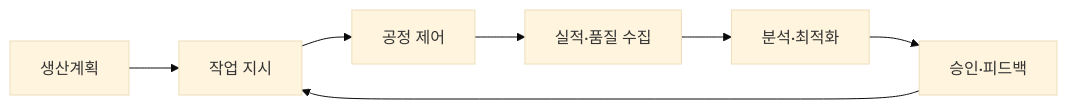
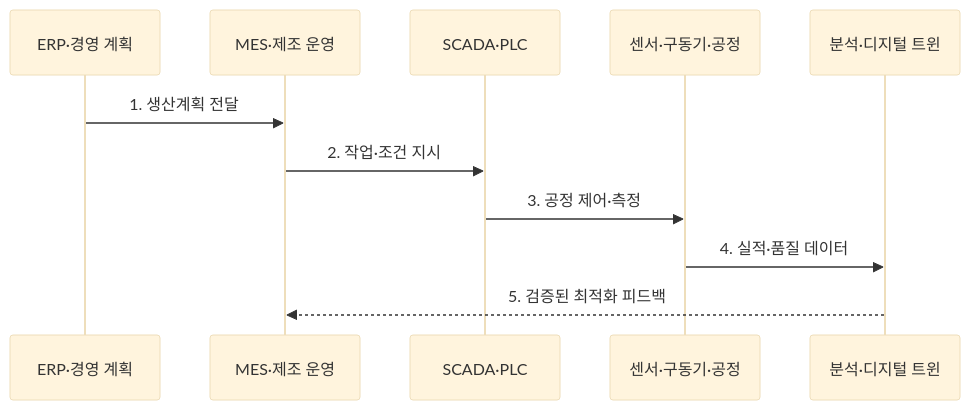
Before and after one commit to agnusdei1207/knowledge-base: the second of 2 diagrams in src/content/docs/notes/08-latest-tech/201_smart_factory.md, drawn with Mermaid (base theme). The commit also changed other lines of this file and 23 other files, not shown here.

````diff
--- a/src/content/docs/notes/08-latest-tech/201_smart_factory.md
+++ b/src/content/docs/notes/08-latest-tech/201_smart_factory.md
@@ -81,9 +80,13 @@
 ```mermaid
-flowchart LR
-  A["생산계획"] --> B["작업 지시"]
-  B --> C["공정 제어"]
-  C --> D["실적·품질 수집"]
-  D --> E["분석·최적화"]
-  E --> F["승인·피드백"]
-  F --> B
+sequenceDiagram
+  participant E as ERP·경영 계획
+  participant M as MES·제조 운영
+  participant C as SCADA·PLC
+  participant F as 센서·구동기·공정
+  participant A as 분석·디지털 트윈
+  E->>M: 1. 생산계획 전달
+  M->>C: 2. 작업·조건 지시
+  C->>F: 3. 공정 제어·측정
+  F->>A: 4. 실적·품질 데이터
+  A-->>M: 5. 검증된 최적화 피드백
 ```
````
